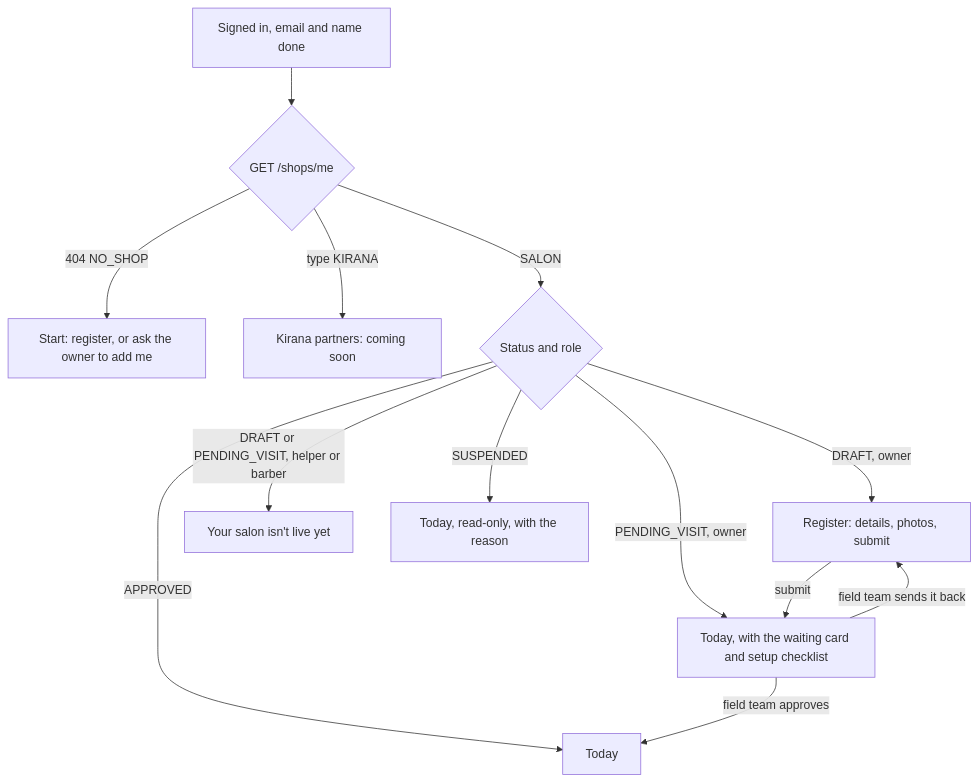
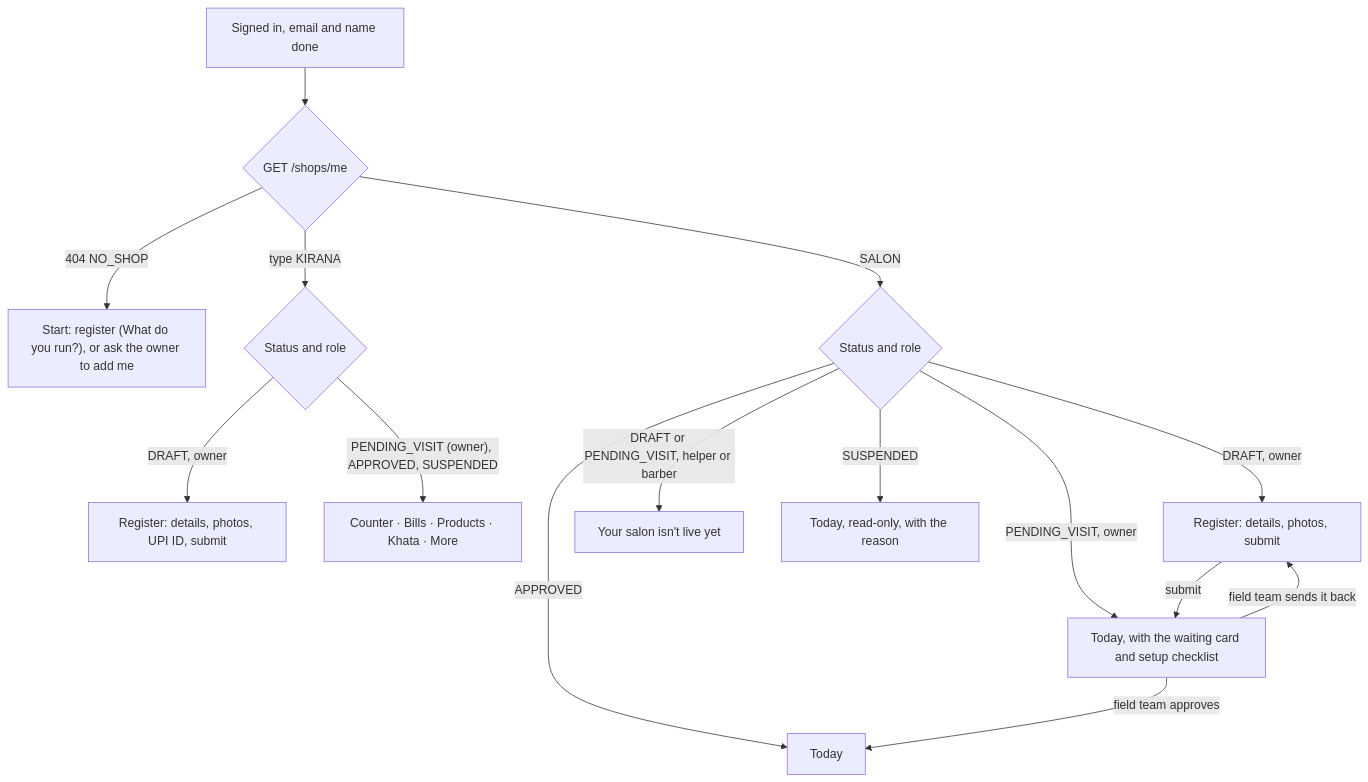
The first of 4 diagrams in README.md (Premanshu-jha/apni-dukan-partner), drawn with Mermaid before and after one commit. The commit also changed other lines of this file and 13 other files, not shown here.

````diff
--- a/README.md
+++ b/README.md
@@ -102,15 +106,17 @@
 ```mermaid
 flowchart TD
   A["Signed in, email and name done"] --> B{"GET /shops/me"}
-  B -- "404 NO_SHOP" --> C["Start: register, or ask the owner to add me"]
-  B -- "type KIRANA" --> K["Kirana partners: coming soon"]
+  B -- "404 NO_SHOP" --> C["Start: register (What do you run?), or ask the owner to add me"]
+  B -- "type KIRANA" --> K{"Status and role"}
+  K -- "DRAFT, owner" --> KR["Register: details, photos, UPI ID, submit"]
+  K -- "PENDING_VISIT (owner), APPROVED, SUSPENDED" --> KC["Counter · Bills · Products · Khata · More"]
   B -- "SALON" --> D{"Status and role"}
   D -- "DRAFT, owner" --> R["Register: details, photos, submit"]
   D -- "DRAFT or PENDING_VISIT, helper or barber" --> W["Your salon isn't live yet"]
   D -- "PENDING_VISIT, owner" --> T1["Today, with the waiting card and setup checklist"]
   D -- "APPROVED" --> T["Today"]
   D -- "SUSPENDED" --> S["Today, read-only, with the reason"]
   R -- "submit" --> T1
   T1 -- "field team approves" --> T
   T1 -- "field team sends it back" --> R
 ```
````
